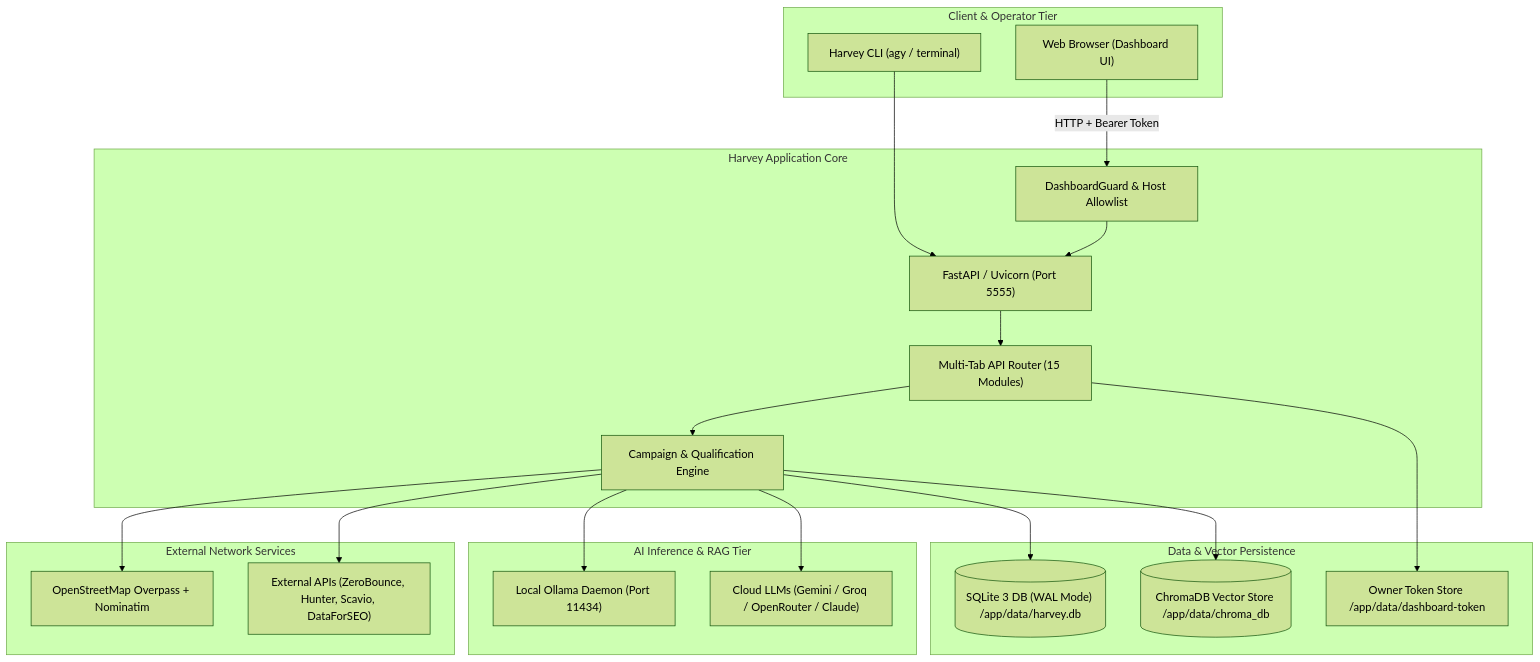
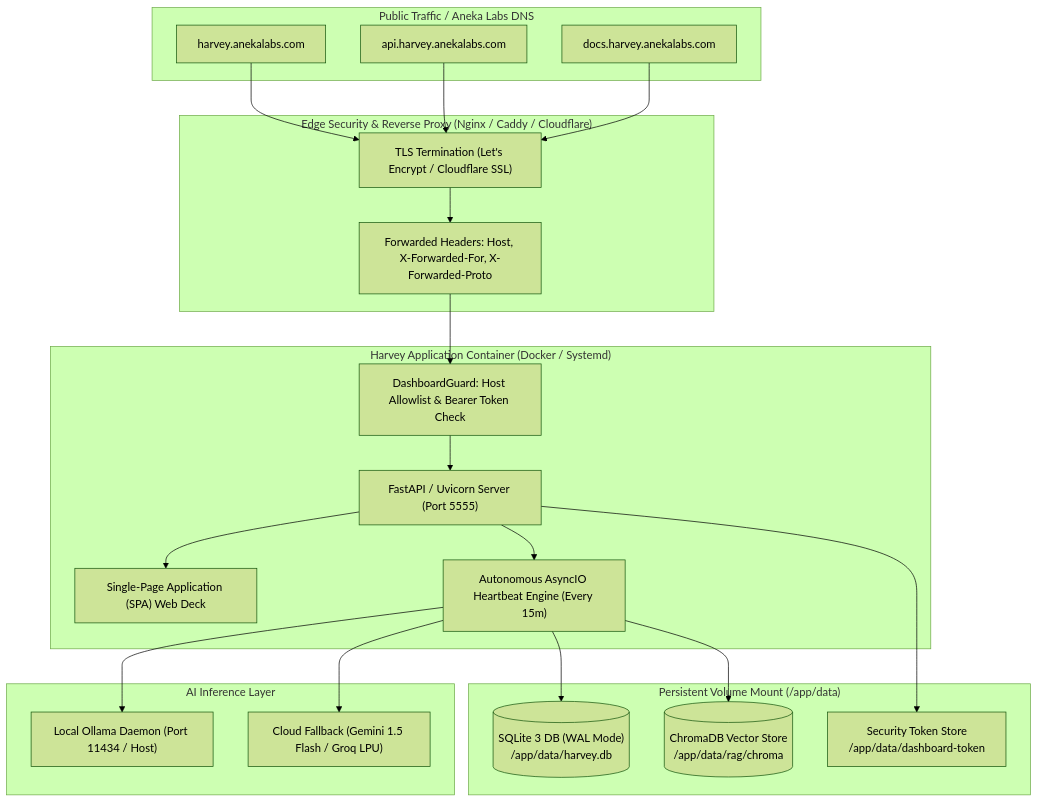
One commit to anuradha-aneklabs/AI_code changed the diagram in DEPLOYMENT_GUIDE.md. Above: the diagram before and after it, drawn with Mermaid (forest theme). The commit also changed other lines of this file and 49 other files, not shown here.

Commit message:
Prepare Harvey AI Sales Agent repository for Aneka Labs deployment handoff

````diff
--- a/DEPLOYMENT_GUIDE.md
+++ b/DEPLOYMENT_GUIDE.md
@@ -13,43 +14,45 @@
 ```mermaid
 flowchart TD
-    subgraph Client ["Client & Operator Tier"]
-        Browser["Web Browser (Dashboard UI)"]
-        CLI["Harvey CLI (agy / terminal)"]
+    subgraph PublicTraffic ["Public Traffic / Aneka Labs DNS"]
+        WebDomain["harvey.anekalabs.com"]
+        ApiDomain["api.harvey.anekalabs.com"]
+        DocsDomain["docs.harvey.anekalabs.com"]
     end
 
-    subgraph AppLayer ["Harvey Application Core"]
-        Auth["DashboardGuard & Host Allowlist"]
-        FastAPI["FastAPI / Uvicorn (Port 5555)"]
-        Router["Multi-Tab API Router (15 Modules)"]
-        Engine["Campaign & Qualification Engine"]
+    subgraph EdgeProxy ["Edge Security & Reverse Proxy (Nginx / Caddy / Cloudflare)"]
+        SSL["TLS Termination (Let's Encrypt / Cloudflare SSL)"]
+        ProxyHeaders["Forwarded Headers: Host, X-Forwarded-For, X-Forwarded-Proto"]
     end
 
-    subgraph DataLayer ["Data & Vector Persistence"]
-        SQLite[("SQLite 3 DB (WAL Mode) /app/data/harvey.db")]
-        Chroma[("ChromaDB Vector Store /app/data/chroma_db")]
-        Tokens["Owner Token Store /app/data/dashboard-token"]
+    subgraph AppContainer ["Harvey Application Container (Docker / Systemd)"]
+        Guard["DashboardGuard: Host Allowlist & Bearer Token Check"]
+        FastAPI["FastAPI / Uvicorn Server (Port 5555)"]
+        StaticUI["Single-Page Application (SPA) Web Deck"]
+        Engine["Autonomous AsyncIO Heartbeat Engine (Every 15m)"]
     end
 
-    subgraph AILayer ["AI Inference & RAG Tier"]
-        Ollama["Local Ollama Daemon (Port 11434)"]
-        CloudLLM["Cloud LLMs (Gemini / Groq / OpenRouter / Claude)"]
+    subgraph Storage ["Persistent Volume Mount (/app/data)"]
+        SQLite[("SQLite 3 DB (WAL Mode)\n/app/data/harvey.db")]
+        Chroma[("ChromaDB Vector Store\n/app/data/rag/chroma")]
+        Tokens["Security Token Store\n/app/data/dashboard-token"]
     end
 
-    subgraph ExtLayer ["External Network Services"]
-        OSM["OpenStreetMap Overpass + Nominatim"]
-        Providers["External APIs (ZeroBounce, Hunter, Scavio, DataForSEO)"]
+    subgraph Inference ["AI Inference Layer"]
+        LocalOllama["Local Ollama Daemon (Port 11434 / Host)"]
+        CloudLLM["Cloud Fallback (Gemini 1.5 Flash / Groq LPU)"]
     end
 
-    Browser -->|HTTP + Bearer Token| Auth
-    CLI --> FastAPI
-    Auth --> FastAPI
-    FastAPI --> Router
-    Router --> Engine
+    WebDomain --> SSL
+    ApiDomain --> SSL
+    DocsDomain --> SSL
+    SSL --> ProxyHeaders
+    ProxyHeaders --> Guard
+    Guard --> FastAPI
+    FastAPI --> StaticUI
+    FastAPI --> Engine
     Engine --> SQLite
     Engine --> Chroma
-    Router --> Tokens
-    Engine --> Ollama
+    FastAPI --> Tokens
+    Engine --> LocalOllama
     Engine --> CloudLLM
-    Engine --> OSM
-    Engine --> Providers
 ```
````
